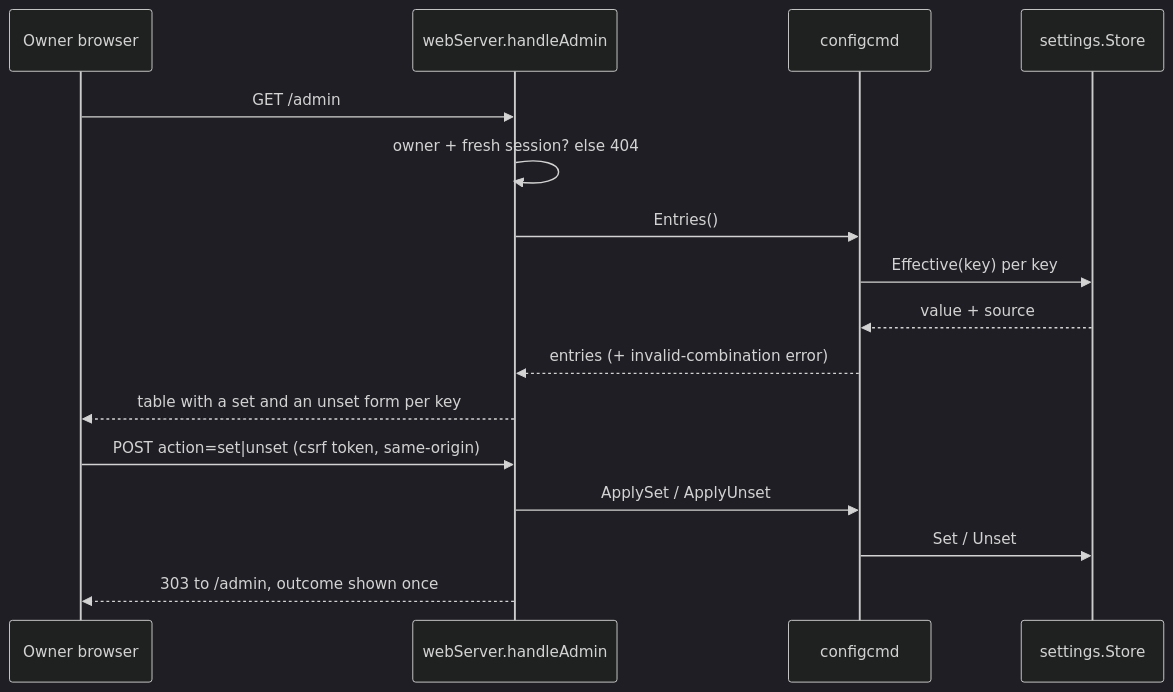
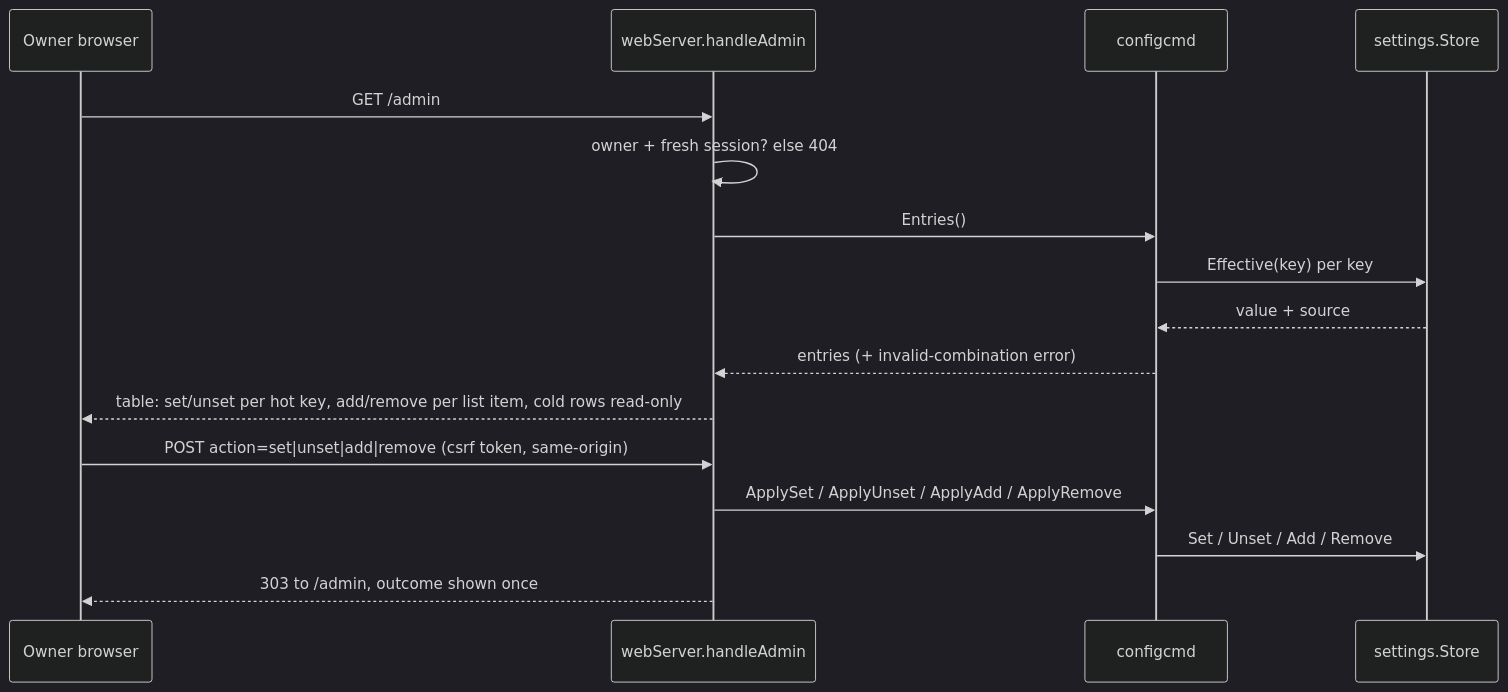
The second of 2 diagrams in docs/modules/configcmd.md (toksikk/gidbig), drawn with Mermaid (dark theme) before and after one commit. The commit also changed other lines of this file and 19 other files, not shown here.

Commit message:
settings (#317): cold keys read-only, hot allowed_guilds, list add/remove

````diff
--- a/docs/modules/configcmd.md
+++ b/docs/modules/configcmd.md
@@ -77,19 +90,19 @@
 ```mermaid
 sequenceDiagram
     participant O as Owner browser
     participant W as webServer.handleAdmin
     participant C as configcmd
     participant S as settings.Store
 
     O->>W: GET /admin
     W->>W: owner + fresh session? else 404
     W->>C: Entries()
     C->>S: Effective(key) per key
     S-->>C: value + source
     C-->>W: entries (+ invalid-combination error)
-    W-->>O: table with a set and an unset form per key
-    O->>W: POST action=set|unset (csrf token, same-origin)
-    W->>C: ApplySet / ApplyUnset
-    C->>S: Set / Unset
+    W-->>O: table: set/unset per hot key, add/remove per list item, cold rows read-only
+    O->>W: POST action=set|unset|add|remove (csrf token, same-origin)
+    W->>C: ApplySet / ApplyUnset / ApplyAdd / ApplyRemove
+    C->>S: Set / Unset / Add / Remove
     W-->>O: 303 to /admin, outcome shown once
 ```
````
